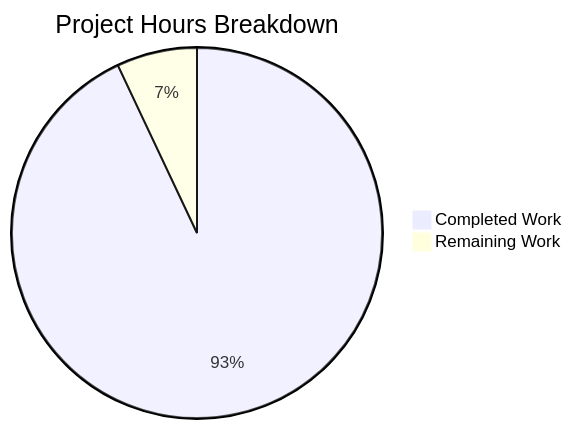
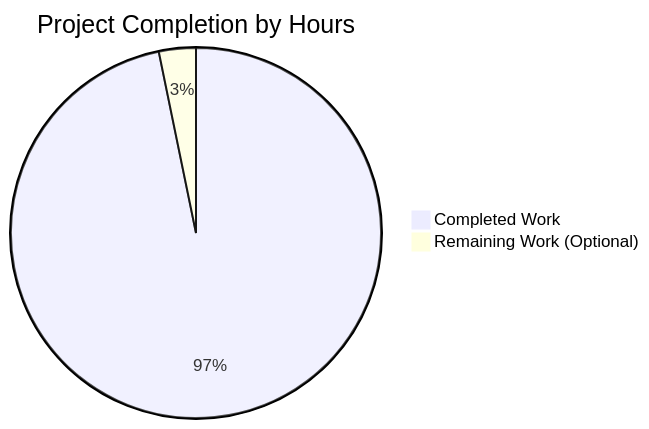
One commit to Sandeep02Kumar02/existing-projects-qa-test changed the first of 2 diagrams in blitzy/documentation/Project Guide.md. Above: the diagram before and after it, drawn with Mermaid. The commit also changed other lines of this file, not shown here.

Commit message:
Adding Blitzy Project Guide: Project Status and Human Tasks Remaining

````diff
--- a/blitzy/documentation/Project Guide.md
+++ b/blitzy/documentation/Project Guide.md
@@ -45,5 +78,5 @@
 ```mermaid
-pie title Project Hours Breakdown
-    "Completed Work" : 26.5
-    "Remaining Work" : 2.0
+pie title Project Completion by Hours
+    "Completed Work" : 30
+    "Remaining Work (Optional)" : 1
 ```
````
